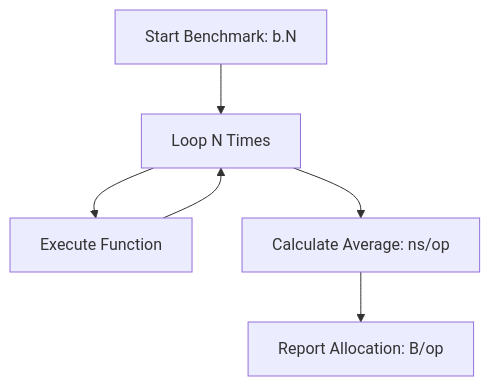
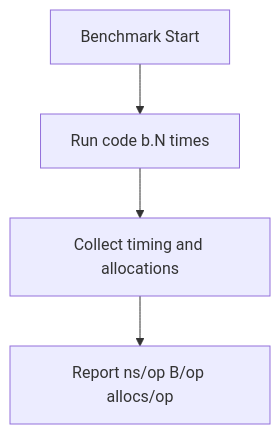
One commit to syahputrawork98-sketch/Golang-Knowledge-Base changed the diagram in RAK-04-core-mechanics/SR-03-tooling-excellence/BK-02-performance-benchmarking/CH-01_MicroBenchmarking/README.md. Above: the diagram before and after it, drawn with Mermaid. The commit also changed other lines of this file and 32 other files, not shown here.

````diff
--- a/RAK-04-core-mechanics/SR-03-tooling-excellence/BK-02-performance-benchmarking/CH-01_MicroBenchmarking/README.md
+++ b/RAK-04-core-mechanics/SR-03-tooling-excellence/BK-02-performance-benchmarking/CH-01_MicroBenchmarking/README.md
@@ -23,8 +33,6 @@
 ```mermaid
 graph TD
-    S[Start Benchmark: b.N] --> L[Loop N Times]
-    L --> F[Execute Function]
-    F --> L
-    L --> E[Calculate Average: ns/op]
-    E --> R[Report Allocation: B/op]
+    Start[Benchmark Start] --> Loop[Run code b.N times]
+    Loop --> Measure[Collect timing and allocations]
+    Measure --> Report[Report ns/op B/op allocs/op]
 ```
````
